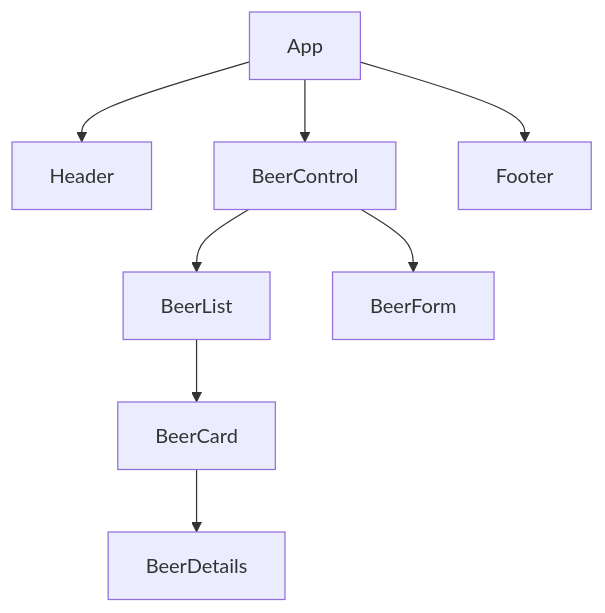
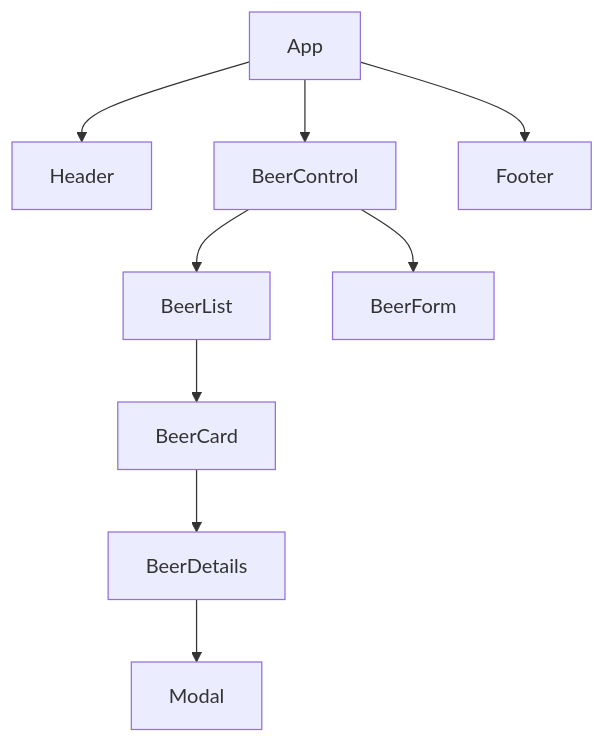
One commit to wjwat/tap-room-react changed the diagram in README.md. Above: the diagram before and after it, drawn with Mermaid.

````diff
--- a/README.md
+++ b/README.md
@@ -22,10 +22,11 @@
 ```mermaid
 graph TD
     a[App] --> y[Header]
     a --> b[BeerControl]
     a --> z[Footer]
     b --> c[BeerList]
     c --> d[BeerCard]
     d --> e[BeerDetails]
-    b --> f[BeerForm]
+    e --> f[Modal]
+    b --> g[BeerForm]
 ```
````
